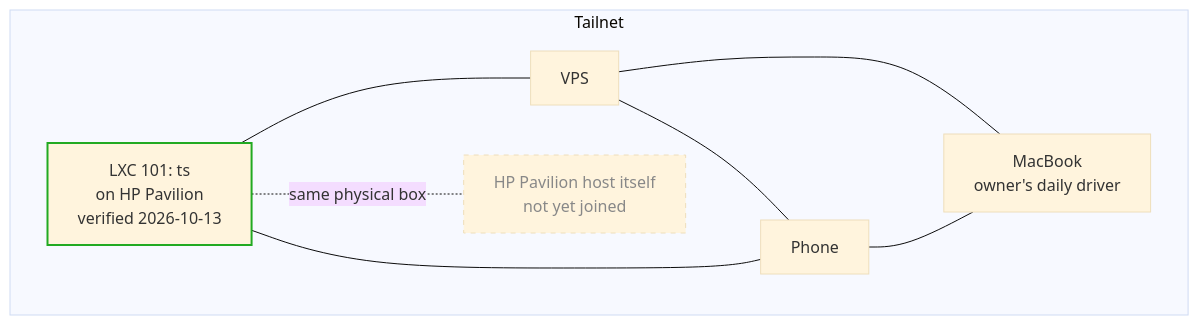
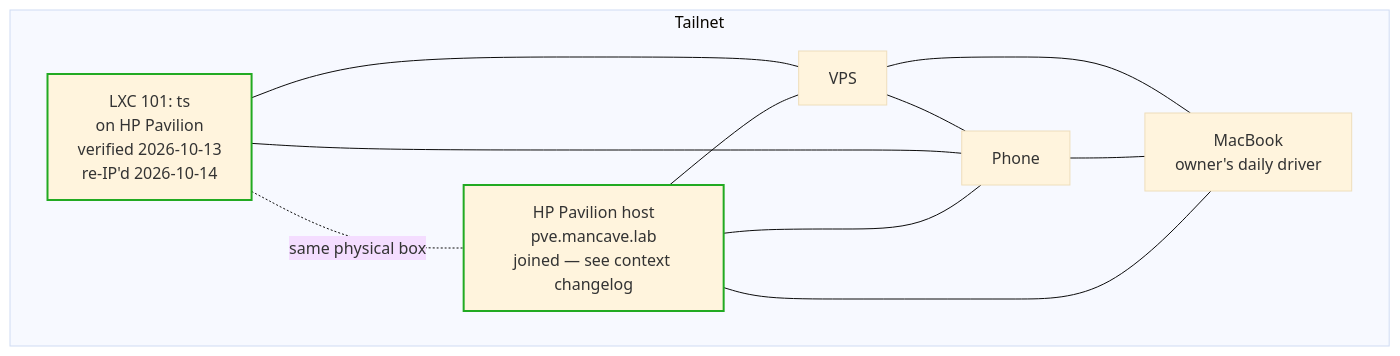
The second of 2 diagrams in topology.md (SaiVikrantG/mancave.lab), drawn with Mermaid (base theme) before and after one commit. The commit also changed other lines of this file and 2 other files, not shown here.

Commit message:
corrected topology and made changes to the context doc as well

````diff
--- a/topology.md
+++ b/topology.md
@@ -90,22 +59,24 @@
 ```mermaid
 graph TB
     subgraph Tailnet
         VPS[VPS]
         PHONE[Phone]
         MAC[MacBook<br/>owner's daily driver]
-        TSLXC[LXC 101: ts<br/>on HP Pavilion<br/>verified 2026-10-13]
-        HP[HP Pavilion host itself<br/>not yet joined]
+        TSLXC[LXC 101: ts<br/>on HP Pavilion<br/>verified 2026-10-13<br/>re-IP'd 2026-10-14]
+        HP[HP Pavilion host<br/>pve.mancave.lab<br/>joined — see context changelog]
     end
 
     VPS --- PHONE
     VPS --- MAC
     PHONE --- MAC
     TSLXC --- VPS
     TSLXC --- PHONE
+    HP --- VPS
+    HP --- PHONE
+    HP --- MAC
     TSLXC -. same physical box .- HP
 
     classDef done stroke:#2a2,stroke-width:2px
-    classDef notjoined stroke-dasharray: 5 5,color:#888
     class TSLXC done
-    class HP notjoined
+    class HP done
 ```
````
